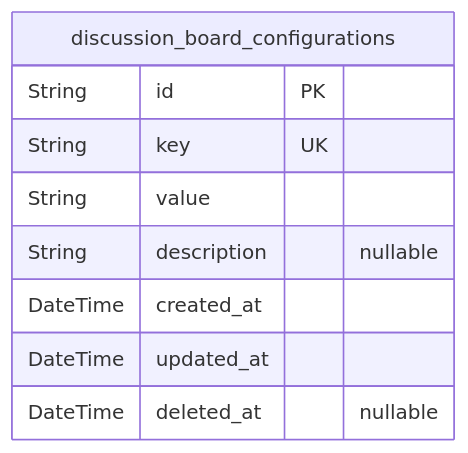
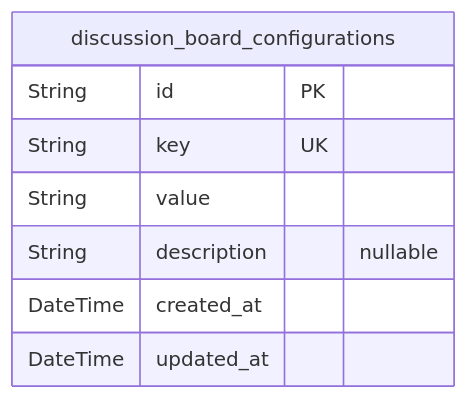
Before and after one commit to wrtnlabs/autobe-examples: the first of 5 diagrams in meta-llama/llama-4-maverick/bbs/docs/ERD.md, drawn with Mermaid. The commit also changed other lines of this file and 3569 other files, not shown here.

````diff
--- a/meta-llama/llama-4-maverick/bbs/docs/ERD.md
+++ b/meta-llama/llama-4-maverick/bbs/docs/ERD.md
@@ -13,12 +13,11 @@
 ```mermaid
 erDiagram
 "discussion_board_configurations" {
   String id PK
   String key UK
   String value
   String description "nullable"
   DateTime created_at
   DateTime updated_at
-  DateTime deleted_at "nullable"
 }
 ```
````
